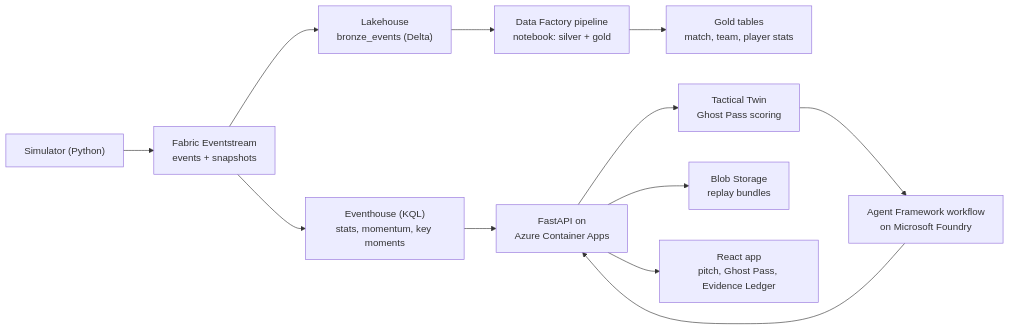
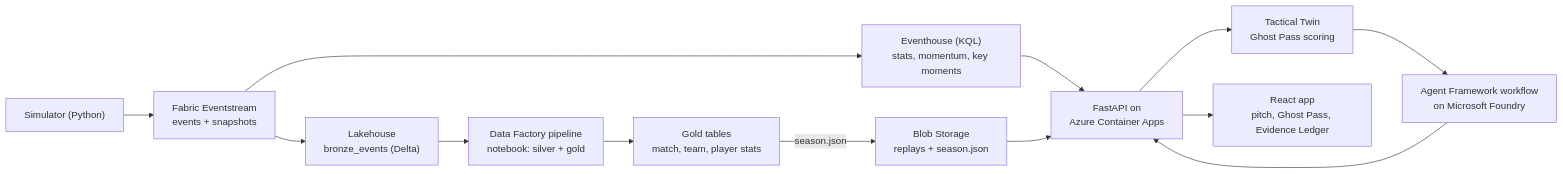
One commit to aravindh-c/what-if-fc changed the first of 2 diagrams in README.md. Above: the diagram before and after it, drawn with Mermaid. The commit also changed other lines of this file and 1 other file, not shown here.

Commit message:
Add season page screenshot and update README for gold layer integration

````diff
--- a/README.md
+++ b/README.md
@@ -44,14 +47,15 @@
 ```mermaid
 flowchart LR
   sim["Simulator (Python)"] --> es["Fabric Eventstream<br/>events + snapshots"]
   es --> eh["Eventhouse (KQL)<br/>stats, momentum, key moments"]
   es --> lh["Lakehouse<br/>bronze_events (Delta)"]
   lh --> pl["Data Factory pipeline<br/>notebook: silver + gold"]
   pl --> gold["Gold tables<br/>match, team, player stats"]
+  gold -- "season.json" --> blob
   eh --> api["FastAPI on<br/>Azure Container Apps"]
   api --> twin["Tactical Twin<br/>Ghost Pass scoring"]
   twin --> wf["Agent Framework workflow<br/>on Microsoft Foundry"]
   wf --> api
-  api --> blob["Blob Storage<br/>replay bundles"]
+  blob["Blob Storage<br/>replays + season.json"] --> api
   api --> web["React app<br/>pitch, Ghost Pass, Evidence Ledger"]
 ```
````
